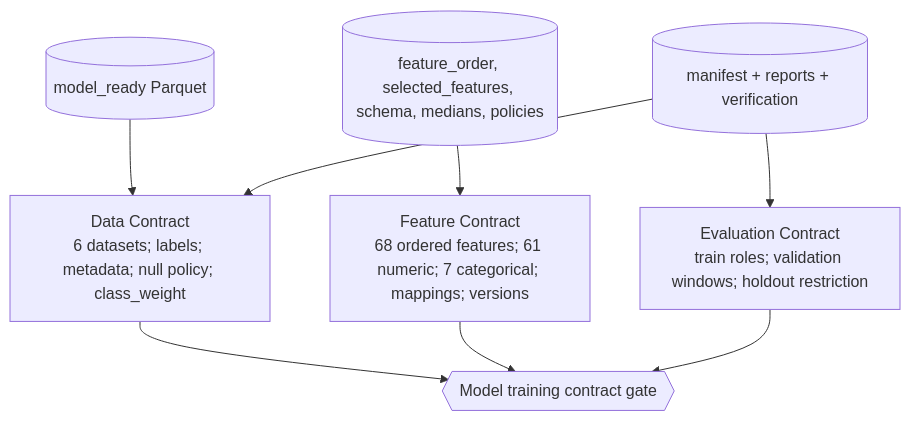
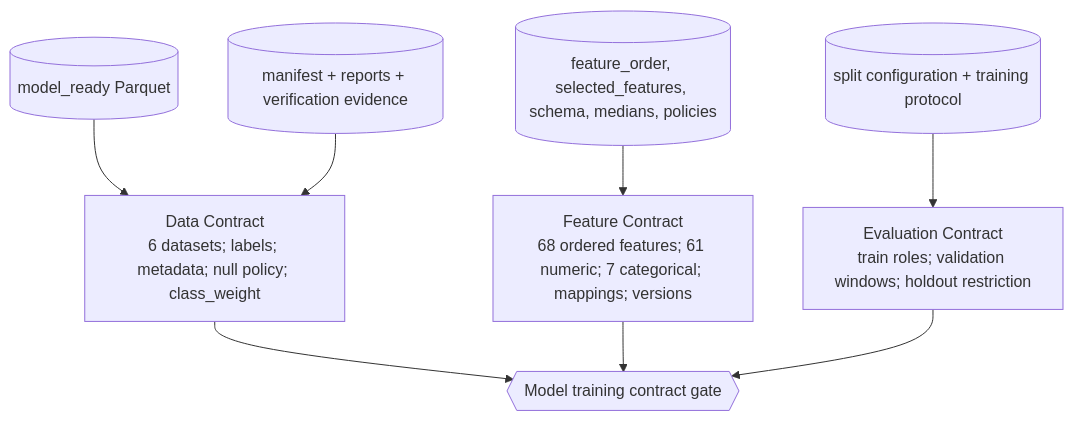
The fifth of 8 diagrams in docs/AN_FINAL_ARCHITECTURE_DIAGRAMS.md (RocketUp-Team/Fraud-Detection-Score-Risk), drawn with Mermaid before and after one commit. The commit also changed other lines of this file and 12 other files, not shown here.

````diff
--- a/docs/AN_FINAL_ARCHITECTURE_DIAGRAMS.md
+++ b/docs/AN_FINAL_ARCHITECTURE_DIAGRAMS.md
@@ -95,16 +96,17 @@
 ```mermaid
 flowchart TB
   DATA["Data Contract\n6 datasets; labels; metadata; null policy; class_weight"]
   FEATURE["Feature Contract\n68 ordered features; 61 numeric; 7 categorical; mappings; versions"]
   EVAL["Evaluation Contract\ntrain roles; validation windows; holdout restriction"]
   OUT[("model_ready Parquet")]
   ART[("feature_order, selected_features, schema, medians, policies")]
-  EVID[("manifest + reports + verification")]
+  EVID[("manifest + reports + verification evidence")]
+  CONFIG[("split configuration + training protocol")]
   OUT --> DATA
   ART --> FEATURE
   EVID --> DATA
-  EVID --> EVAL
+  CONFIG --> EVAL
   DATA --> GATE{{"Model training contract gate"}}
   FEATURE --> GATE
   EVAL --> GATE
 ```
````
